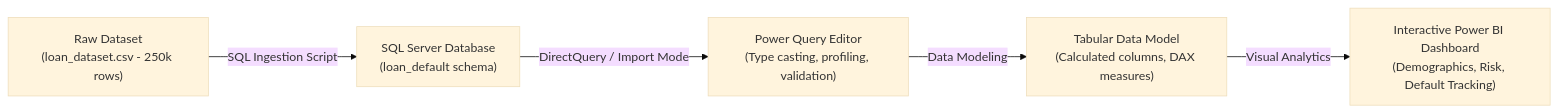
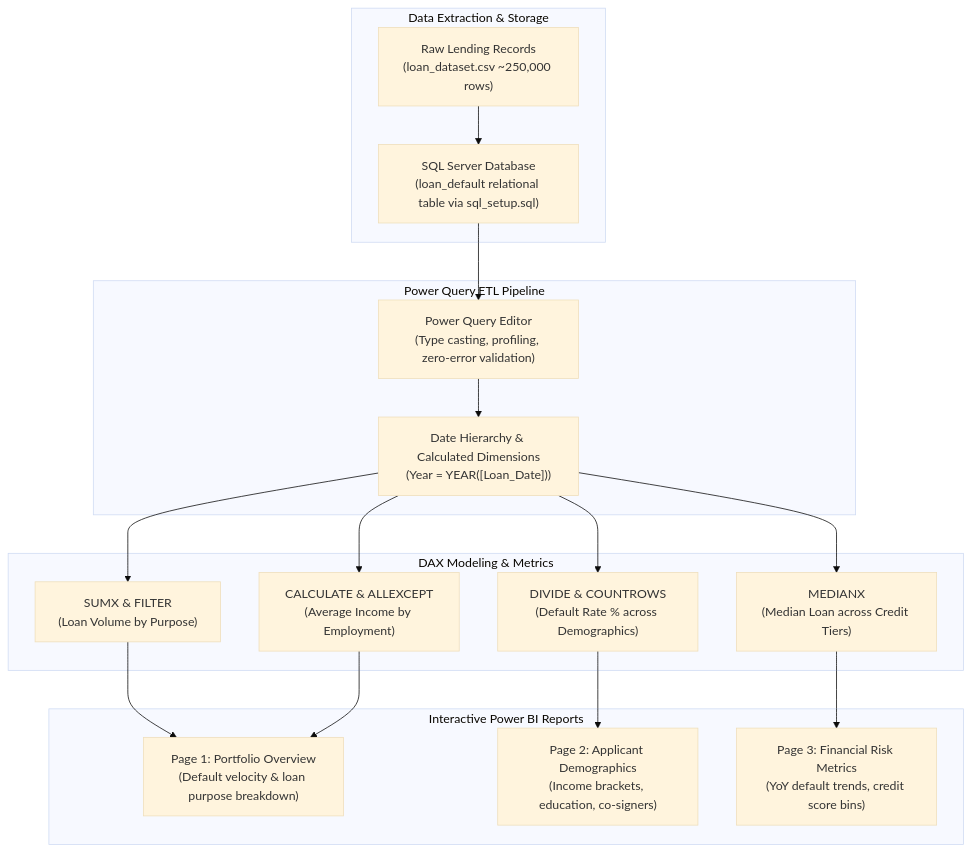
One commit to RomitGoyal2303/loan-default-analysis-powerbi-main changed the diagram in README.md. Above: the diagram before and after it, drawn with Mermaid (base theme). The commit also changed other lines of this file, not shown here.

Commit message:
docs: modernize README appearance with badges, carousel screenshots, and pipeline diagrams

````diff
--- a/README.md
+++ b/README.md
@@ -50,7 +41,38 @@
 ```mermaid
-flowchart LR
-    CSV["Raw Dataset\n(loan_dataset.csv - 250k rows)"] -->|SQL Ingestion Script| SQL["SQL Server Database\n(loan_default schema)"]
-    SQL -->|DirectQuery / Import Mode| PQ["Power Query Editor\n(Type casting, profiling, validation)"]
-    PQ -->|Data Modeling| Model["Tabular Data Model\n(Calculated columns, DAX measures)"]
-    Model -->|Visual Analytics| Dashboard["Interactive Power BI Dashboard\n(Demographics, Risk, Default Tracking)"]
+flowchart TD
+    subgraph DataIngestion ["Data Extraction & Storage"]
+        RawCSV["Raw Lending Records\n(loan_dataset.csv ~250,000 rows)"]
+        SQL["SQL Server Database\n(loan_default relational table via sql_setup.sql)"]
+    end
+
+    subgraph DataTransformation ["Power Query ETL Pipeline"]
+        PQ_Clean["Power Query Editor\n(Type casting, profiling, zero-error validation)"]
+        PQ_Model["Date Hierarchy & Calculated Dimensions\n(Year = YEAR([Loan_Date]))"]
+    end
+
+    subgraph AnalyticalEngine ["DAX Modeling & Metrics"]
+        DAX_Amt["SUMX & FILTER\n(Loan Volume by Purpose)"]
+        DAX_Income["CALCULATE & ALLEXCEPT\n(Average Income by Employment)"]
+        DAX_Rate["DIVIDE & COUNTROWS\n(Default Rate % across Demographics)"]
+        DAX_Median["MEDIANX\n(Median Loan across Credit Tiers)"]
+    end
+
+    subgraph DashboardViews ["Interactive Power BI Reports"]
+        View1["Page 1: Portfolio Overview\n(Default velocity & loan purpose breakdown)"]
+        View2["Page 2: Applicant Demographics\n(Income brackets, education, co-signers)"]
+        View3["Page 3: Financial Risk Metrics\n(YoY default trends, credit score bins)"]
+    end
+
+    RawCSV --> SQL
+    SQL --> PQ_Clean
+    PQ_Clean --> PQ_Model
+    PQ_Model --> DAX_Amt
+    PQ_Model --> DAX_Income
+    PQ_Model --> DAX_Rate
+    PQ_Model --> DAX_Median
+
+    DAX_Amt --> View1
+    DAX_Income --> View1
+    DAX_Rate --> View2
+    DAX_Median --> View3
 ```
````
